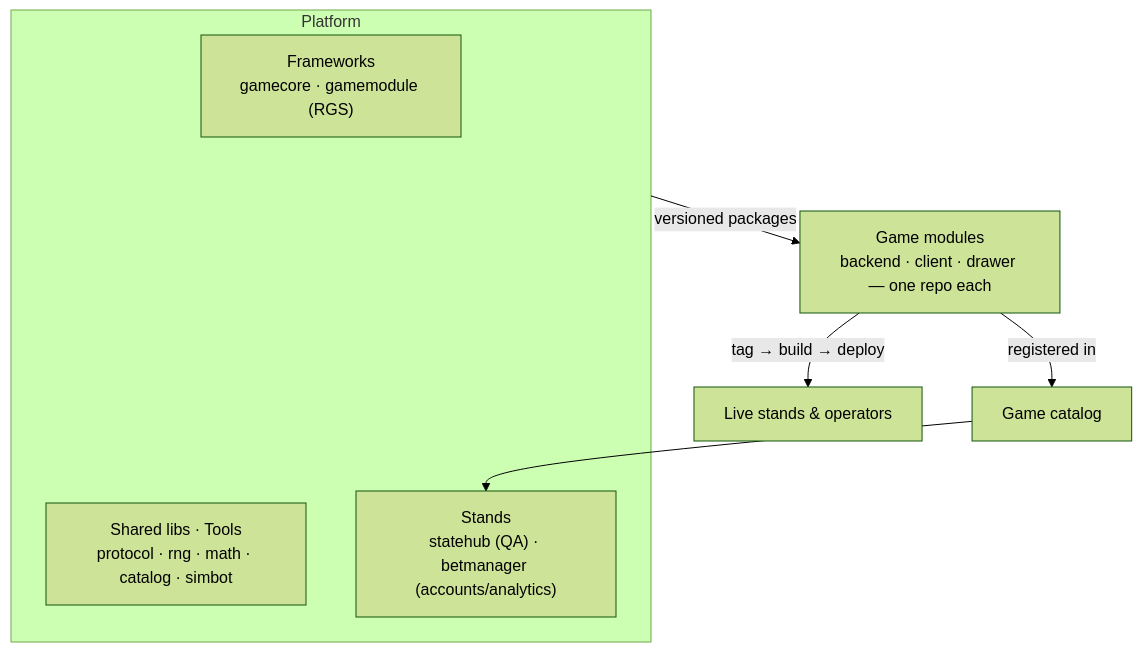
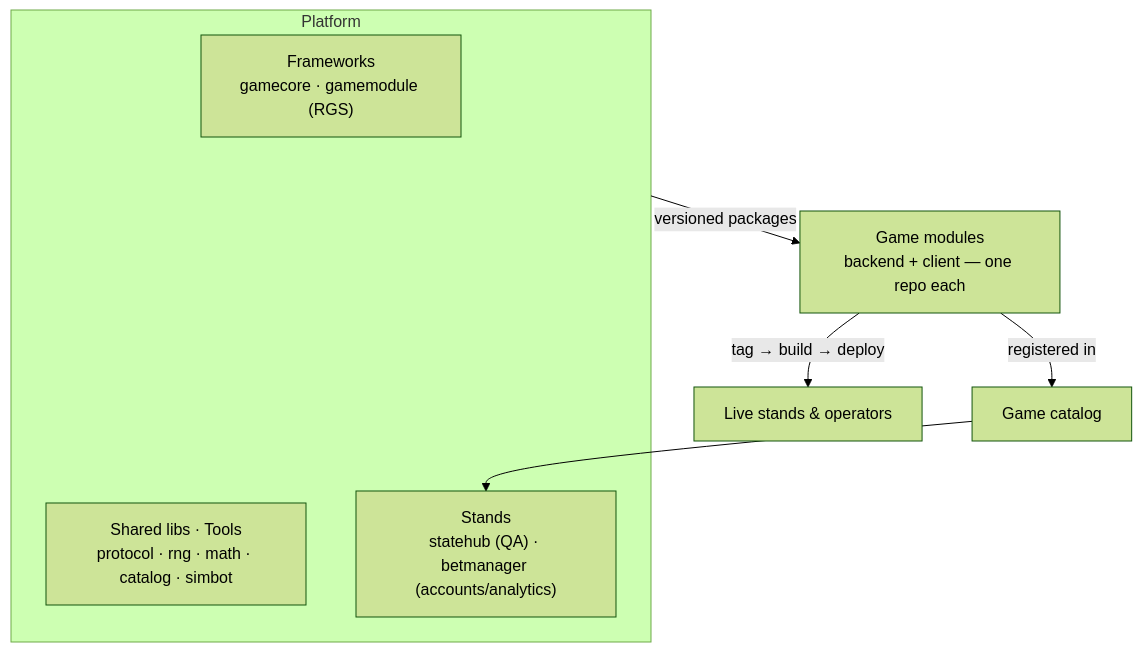
Before and after one commit to acidstates/.github: the diagram in profile/README.md, drawn with Mermaid (forest theme). The commit also changed other lines of this file, not shown here.

Commit message:
docs(profile): refresh org README — live flagship (The Reactor aquarium board), repo map, agent-ready section

````diff
--- a/profile/README.md
+++ b/profile/README.md
@@ -21,12 +21,12 @@
 ```mermaid
 flowchart TD
   subgraph CORE["Platform"]
     FW["Frameworks\ngamecore · gamemodule (RGS)"]
     TOOLS["Shared libs · Tools\nprotocol · rng · math · catalog · simbot"]
     STANDS["Stands\nstatehub (QA) · betmanager (accounts/analytics)"]
   end
-  CORE -->|versioned packages| GAMES["Game modules\nbackend · client · drawer — one repo each"]
+  CORE -->|versioned packages| GAMES["Game modules\nbackend + client — one repo each"]
   GAMES -->|tag → build → deploy| LIVE["Live stands & operators"]
   GAMES -->|registered in| CAT["Game catalog"]
   CAT --> STANDS
 ```
````
